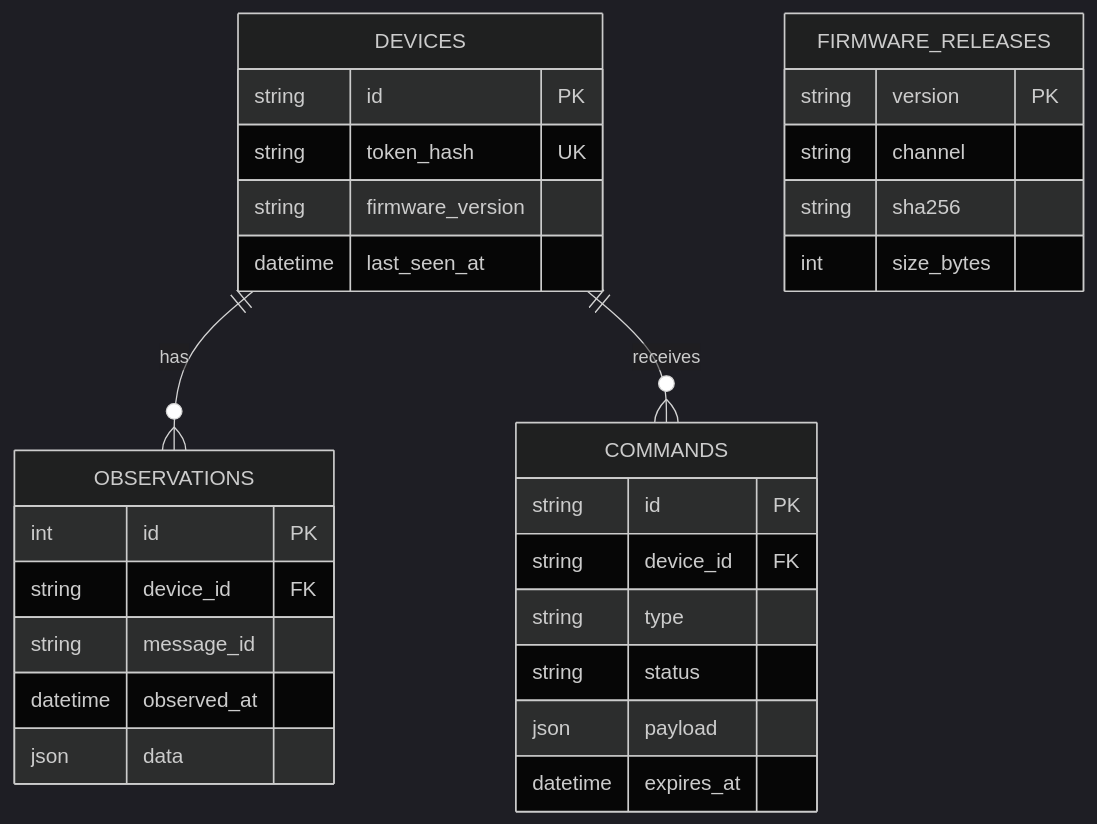
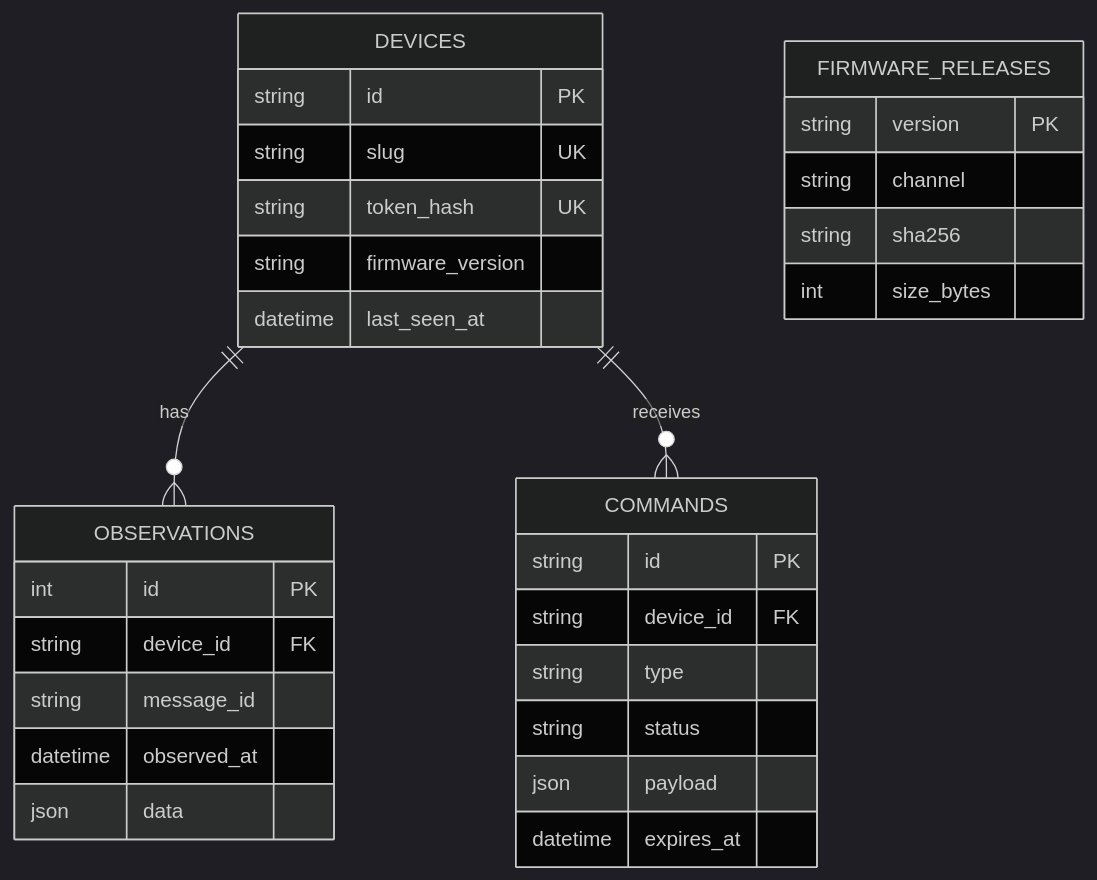
One commit to rsmoorthy/akashavani changed the diagram in docs/architecture/server.md. Above: the diagram before and after it, drawn with Mermaid (dark theme). The commit also changed other lines of this file and 80 other files, not shown here.

````diff
--- a/docs/architecture/server.md
+++ b/docs/architecture/server.md
@@ -27,32 +27,33 @@
 ```mermaid
 erDiagram
   DEVICES ||--o{ OBSERVATIONS : has
   DEVICES ||--o{ COMMANDS : receives
   DEVICES {
     string id PK
+    string slug UK
     string token_hash UK
     string firmware_version
     datetime last_seen_at
   }
   OBSERVATIONS {
     int id PK
     string device_id FK
     string message_id
     datetime observed_at
     json data
   }
   COMMANDS {
     string id PK
     string device_id FK
     string type
     string status
     json payload
     datetime expires_at
   }
   FIRMWARE_RELEASES {
     string version PK
     string channel
     string sha256
     int size_bytes
   }
 ```
````
